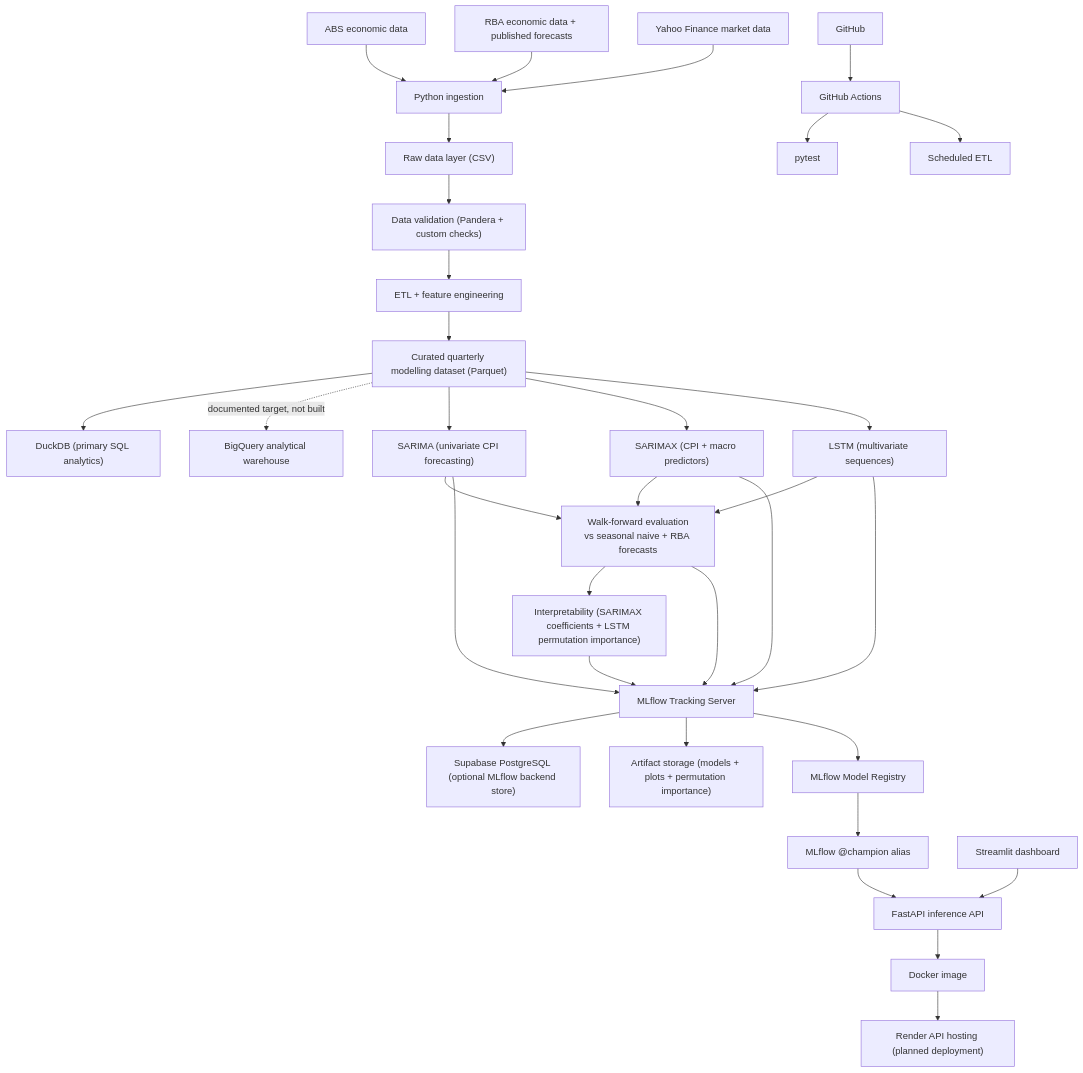
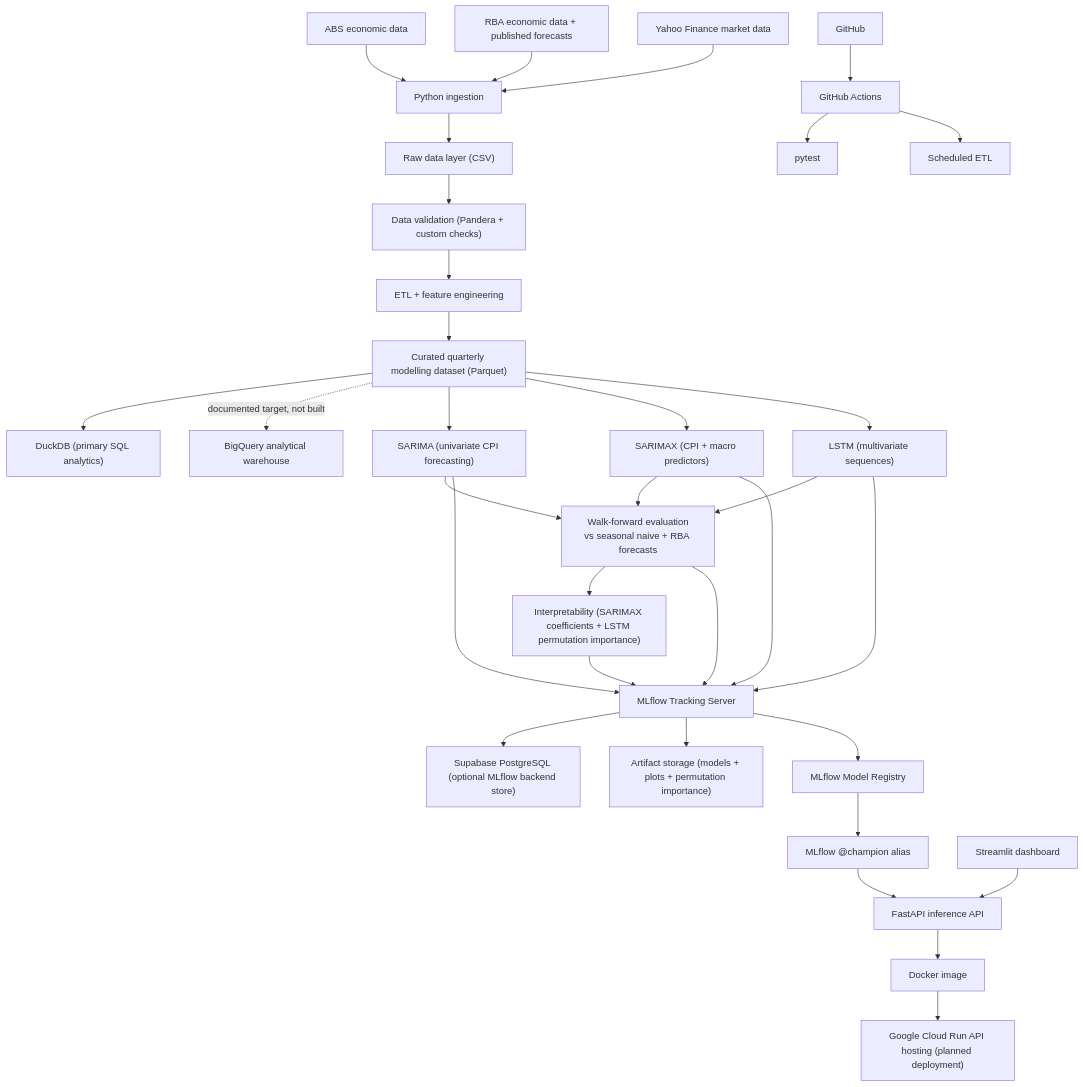
Before and after one commit to JuanVu1810/Australian-CPI-Forecast: the diagram in README.md, drawn with Mermaid. The commit also changed other lines of this file and 16 other files, not shown here.

````diff
--- a/README.md
+++ b/README.md
@@ -338,46 +338,46 @@
 ```mermaid
 flowchart TD
     ABS["ABS economic data"] --> INGEST["Python ingestion"]
     RBA["RBA economic data + published forecasts"] --> INGEST
     YF["Yahoo Finance market data"] --> INGEST
 
     INGEST --> RAW["Raw data layer (CSV)"]
     RAW --> VALIDATE["Data validation (Pandera + custom checks)"]
     VALIDATE --> ETL["ETL + feature engineering"]
     ETL --> CURATED["Curated quarterly modelling dataset (Parquet)"]
 
     CURATED --> DUCKDB["DuckDB (primary SQL analytics)"]
     CURATED -. "documented target, not built" .-> BQ["BigQuery analytical warehouse"]
 
     CURATED --> SARIMA["SARIMA (univariate CPI forecasting)"]
     CURATED --> SARIMAX["SARIMAX (CPI + macro predictors)"]
     CURATED --> LSTM["LSTM (multivariate sequences)"]
 
     SARIMA --> EVAL["Walk-forward evaluation<br/>vs seasonal naive + RBA forecasts"]
     SARIMAX --> EVAL
     LSTM --> EVAL
 
     EVAL --> INTERP["Interpretability (SARIMAX coefficients + LSTM permutation importance)"]
 
     SARIMA --> MLFLOW["MLflow Tracking Server"]
     SARIMAX --> MLFLOW
     LSTM --> MLFLOW
     EVAL --> MLFLOW
     INTERP --> MLFLOW
 
     MLFLOW --> POSTGRES["Supabase PostgreSQL (optional MLflow backend store)"]
     MLFLOW --> ARTIFACTS["Artifact storage (models + plots + permutation importance)"]
     MLFLOW --> REGISTRY["MLflow Model Registry"]
 
     REGISTRY --> CHAMPION["MLflow @champion alias"]
     CHAMPION --> API["FastAPI inference API"]
 
     STREAMLIT["Streamlit dashboard"] --> API
 
     API --> DOCKER["Docker image"]
-    DOCKER --> RENDER["Render API hosting (planned deployment)"]
+    DOCKER --> CLOUDRUN["Google Cloud Run API hosting (planned deployment)"]
 
     GITHUB["GitHub"] --> ACTIONS["GitHub Actions"]
     ACTIONS --> TESTS["pytest"]
     ACTIONS --> SCHEDULE["Scheduled ETL"]
 ```
````
